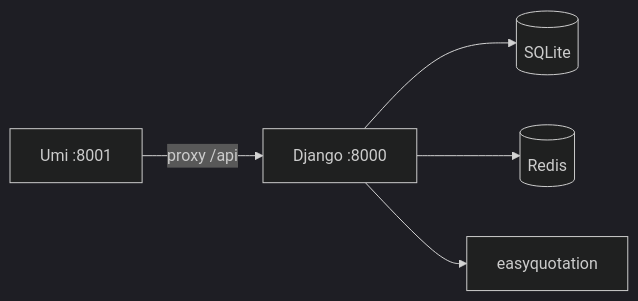
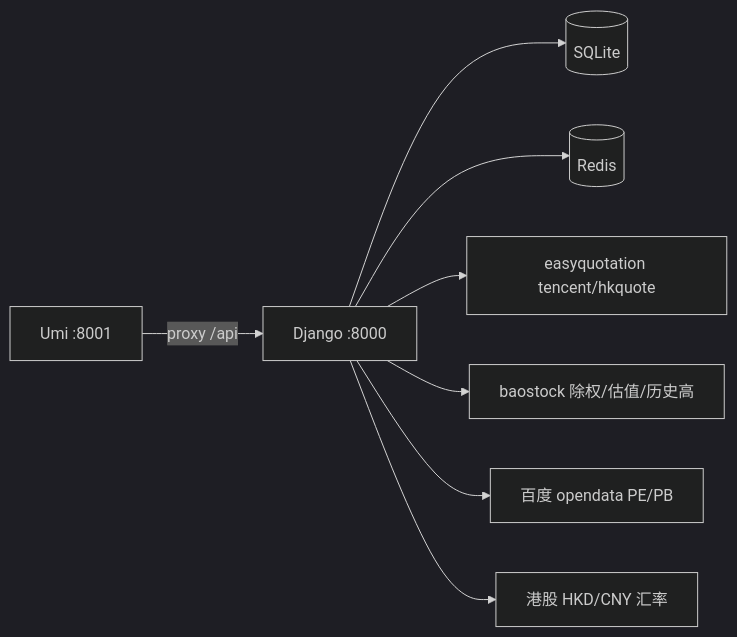
The diagram in .agents/skills/stockmanager-project/SKILL.md (gunerguner/stockManager), drawn with Mermaid (dark theme) before and after one commit. The commit also changed other lines of this file and 14 other files, not shown here.

````diff
--- a/.agents/skills/stockmanager-project/SKILL.md
+++ b/.agents/skills/stockmanager-project/SKILL.md
@@ -64,7 +64,10 @@
 ```mermaid
 flowchart LR
   Umi[Umi :8001] -->|proxy /api| Django[Django :8000]
   Django --> SQLite[(SQLite)]
   Django --> Redis[(Redis)]
-  Django --> Tencent[easyquotation]
+  Django --> Quote[easyquotation tencent/hkquote]
+  Django --> Baostock[baostock 除权/估值/历史高]
+  Django --> Baidu[百度 opendata PE/PB]
+  Django --> FX[港股 HKD/CNY 汇率]
 ```
````
